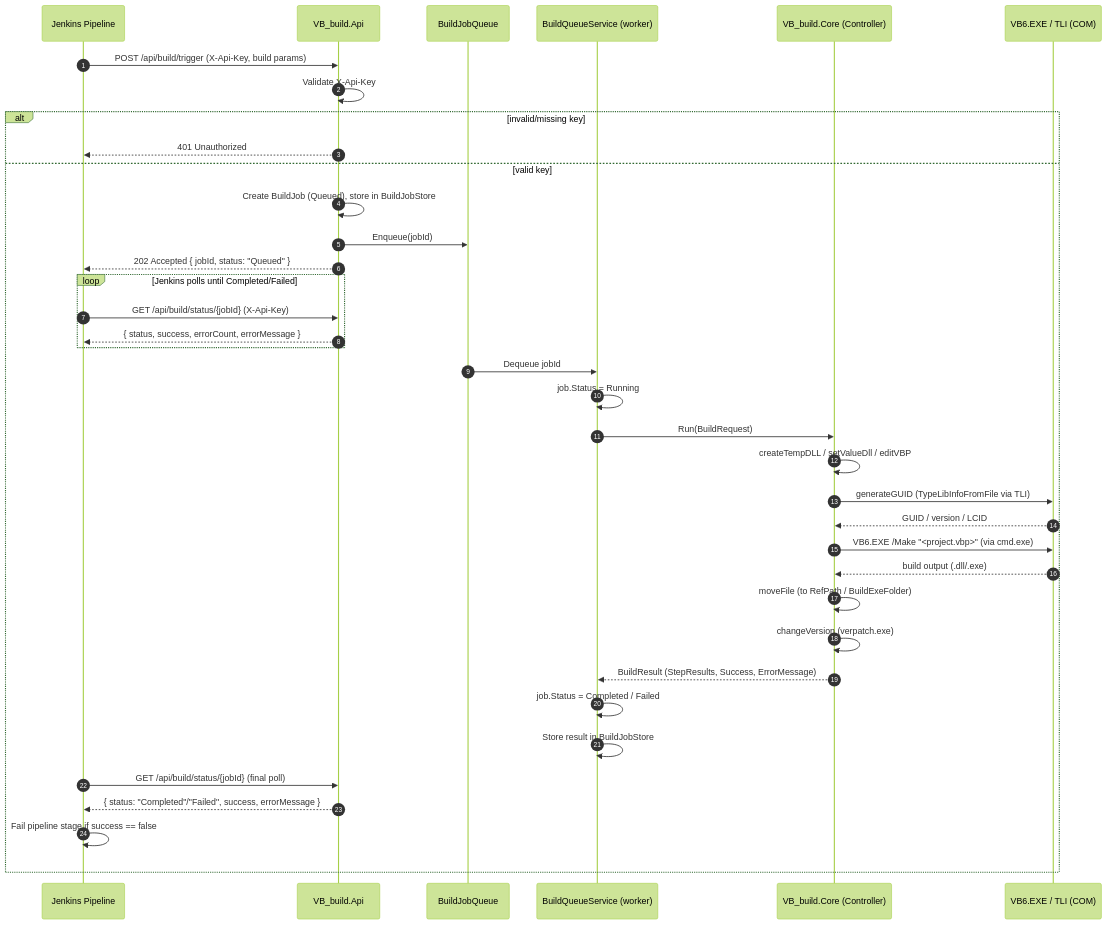
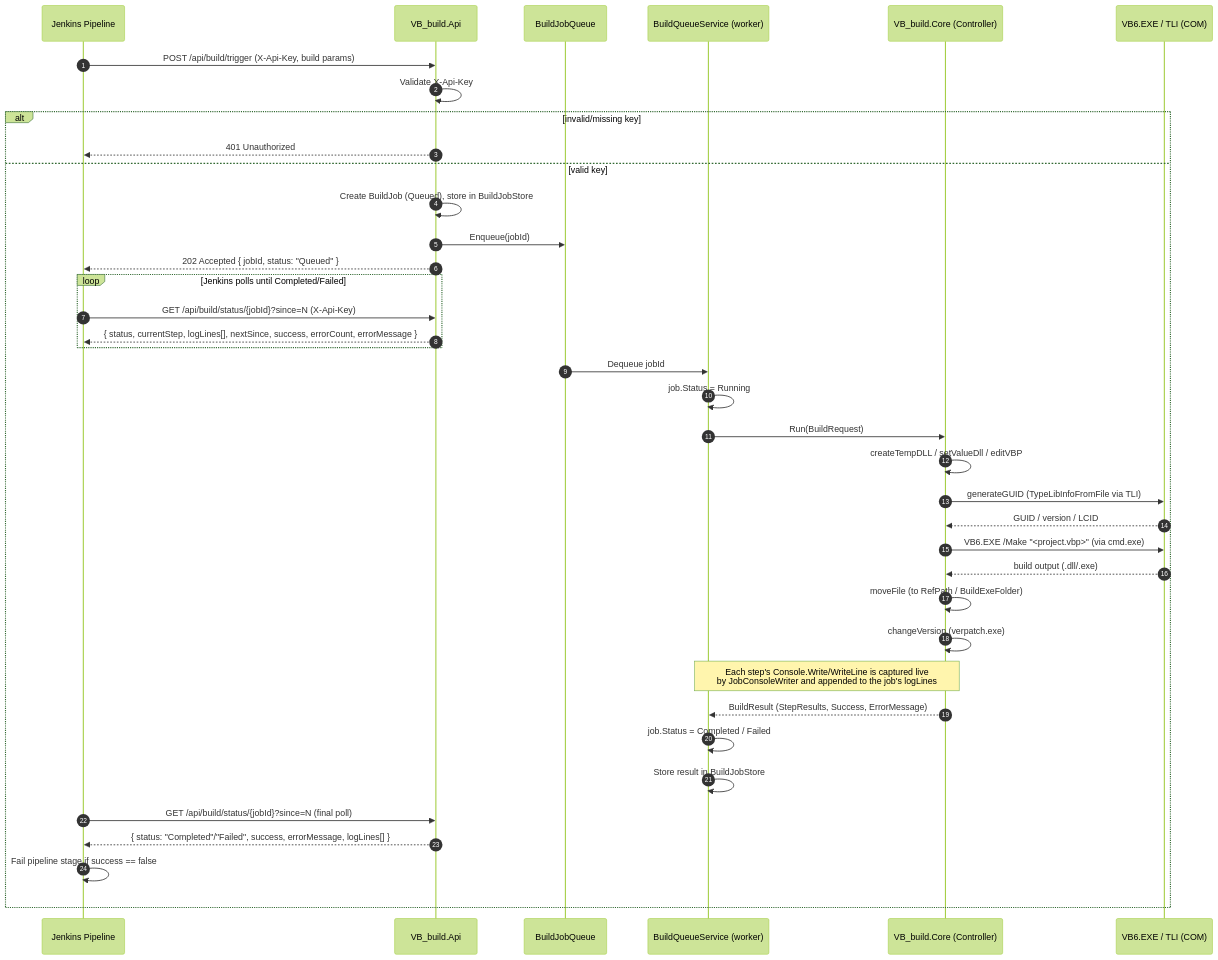
One commit to pingkunga/VB6AutoBuildApp changed the diagram in README.md. Above: the diagram before and after it, drawn with Mermaid (forest theme). The commit also changed other lines of this file and 8 other files, not shown here.

Commit message:
feat: build agent with detailed log

````diff
--- a/README.md
+++ b/README.md
@@ -21,43 +21,44 @@
 ```mermaid
 sequenceDiagram
     autonumber
     participant J as Jenkins Pipeline
     participant API as VB_build.Api
     participant Q as BuildJobQueue
     participant W as BuildQueueService (worker)
     participant Core as VB_build.Core (Controller)
     participant VB6 as VB6.EXE / TLI (COM)
 
     J->>API: POST /api/build/trigger (X-Api-Key, build params)
     API->>API: Validate X-Api-Key
     alt invalid/missing key
         API-->>J: 401 Unauthorized
     else valid key
         API->>API: Create BuildJob (Queued), store in BuildJobStore
         API->>Q: Enqueue(jobId)
         API-->>J: 202 Accepted { jobId, status: "Queued" }
 
         loop Jenkins polls until Completed/Failed
-            J->>API: GET /api/build/status/{jobId} (X-Api-Key)
-            API-->>J: { status, success, errorCount, errorMessage }
+            J->>API: GET /api/build/status/{jobId}?since=N (X-Api-Key)
+            API-->>J: { status, currentStep, logLines[], nextSince, success, errorCount, errorMessage }
         end
 
         Q->>W: Dequeue jobId
         W->>W: job.Status = Running
         W->>Core: Run(BuildRequest)
         Core->>Core: createTempDLL / setValueDll / editVBP
         Core->>VB6: generateGUID (TypeLibInfoFromFile via TLI)
         VB6-->>Core: GUID / version / LCID
         Core->>VB6: VB6.EXE /Make "<project.vbp>" (via cmd.exe)
         VB6-->>Core: build output (.dll/.exe)
         Core->>Core: moveFile (to RefPath / BuildExeFolder)
         Core->>Core: changeVersion (verpatch.exe)
+        Note over Core,W: Each step's Console.Write/WriteLine is captured live<br/>by JobConsoleWriter and appended to the job's logLines
         Core-->>W: BuildResult (StepResults, Success, ErrorMessage)
         W->>W: job.Status = Completed / Failed
         W->>W: Store result in BuildJobStore
 
-        J->>API: GET /api/build/status/{jobId} (final poll)
-        API-->>J: { status: "Completed"/"Failed", success, errorMessage }
+        J->>API: GET /api/build/status/{jobId}?since=N (final poll)
+        API-->>J: { status: "Completed"/"Failed", success, errorMessage, logLines[] }
         J->>J: Fail pipeline stage if success == false
     end
 ```
````
